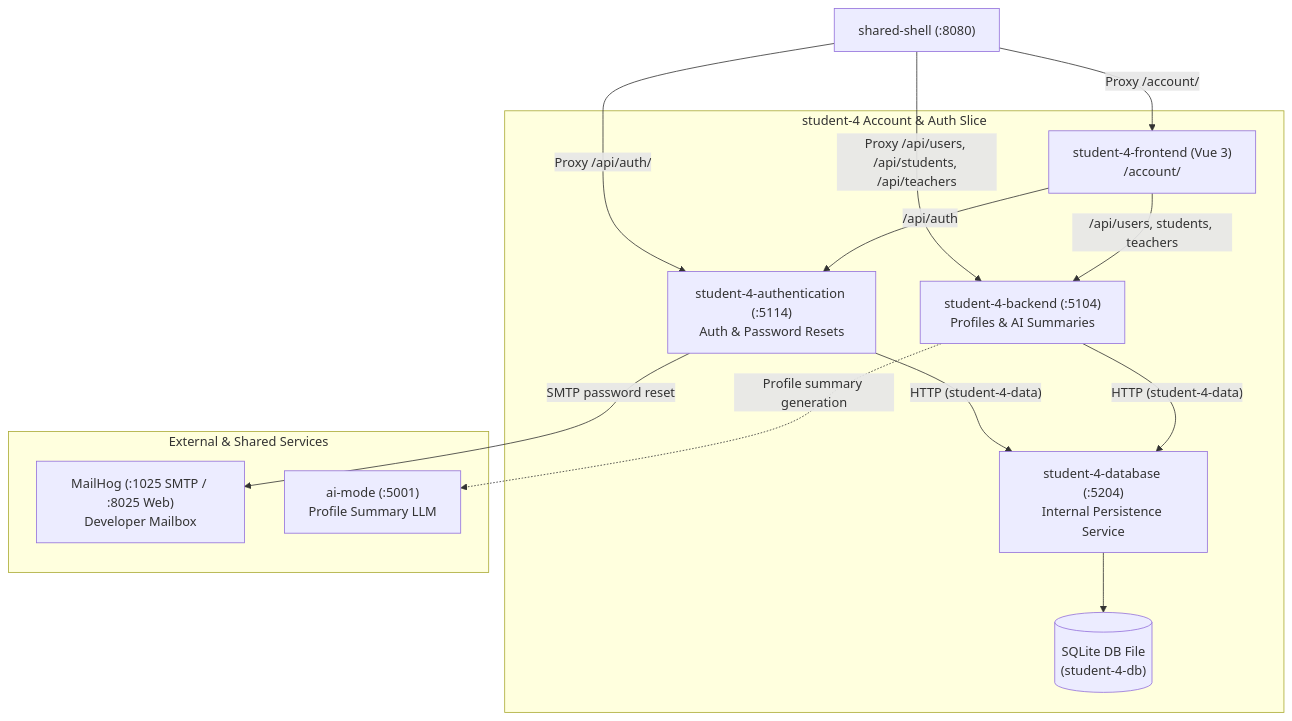
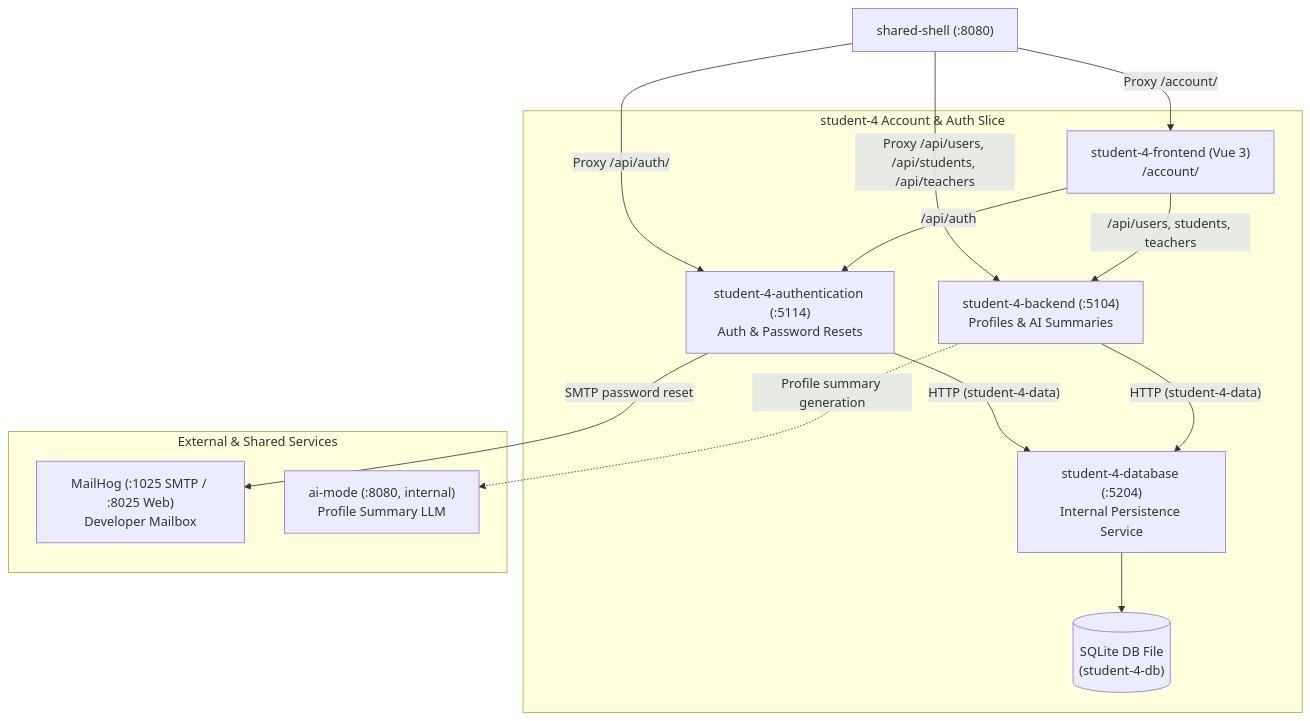
The diagram in student-4/README.md (AmAComputerNerd/41026--software-development-project), drawn with Mermaid before and after one commit. The commit also changed other lines of this file and 31 other files, not shown here.

````diff
--- a/student-4/README.md
+++ b/student-4/README.md
@@ -101,30 +100,30 @@
 ```mermaid
 flowchart TD
     Shell["shared-shell (:8080)"]
 
     subgraph Student4Slice["student-4 Account & Auth Slice"]
         FE["student-4-frontend (Vue 3)<br>/account/"]
         BE["student-4-backend (:5104)<br>Profiles & AI Summaries"]
         Auth["student-4-authentication (:5114)<br>Auth & Password Resets"]
         DB["student-4-database (:5204)<br>Internal Persistence Service"]
         Storage[("SQLite DB File<br>(student-4-db)")]
         
         FE -- "/api/users, students, teachers" --> BE
         FE -- "/api/auth" --> Auth
         BE -- "HTTP (student-4-data)" --> DB
         Auth -- "HTTP (student-4-data)" --> DB
         DB --> Storage
     end
 
     subgraph ExternalServices["External & Shared Services"]
         MailHog["MailHog (:1025 SMTP / :8025 Web)<br>Developer Mailbox"]
-        AIM["ai-mode (:5001)<br>Profile Summary LLM"]
+        AIM["ai-mode (:8080, internal)<br>Profile Summary LLM"]
     end
 
     Shell -- "Proxy /account/" --> FE
     Shell -- "Proxy /api/users, /api/students, /api/teachers" --> BE
     Shell -- "Proxy /api/auth/" --> Auth
 
     Auth -- "SMTP password reset" --> MailHog
     BE -. "Profile summary generation" .-> AIM
 ```
````
